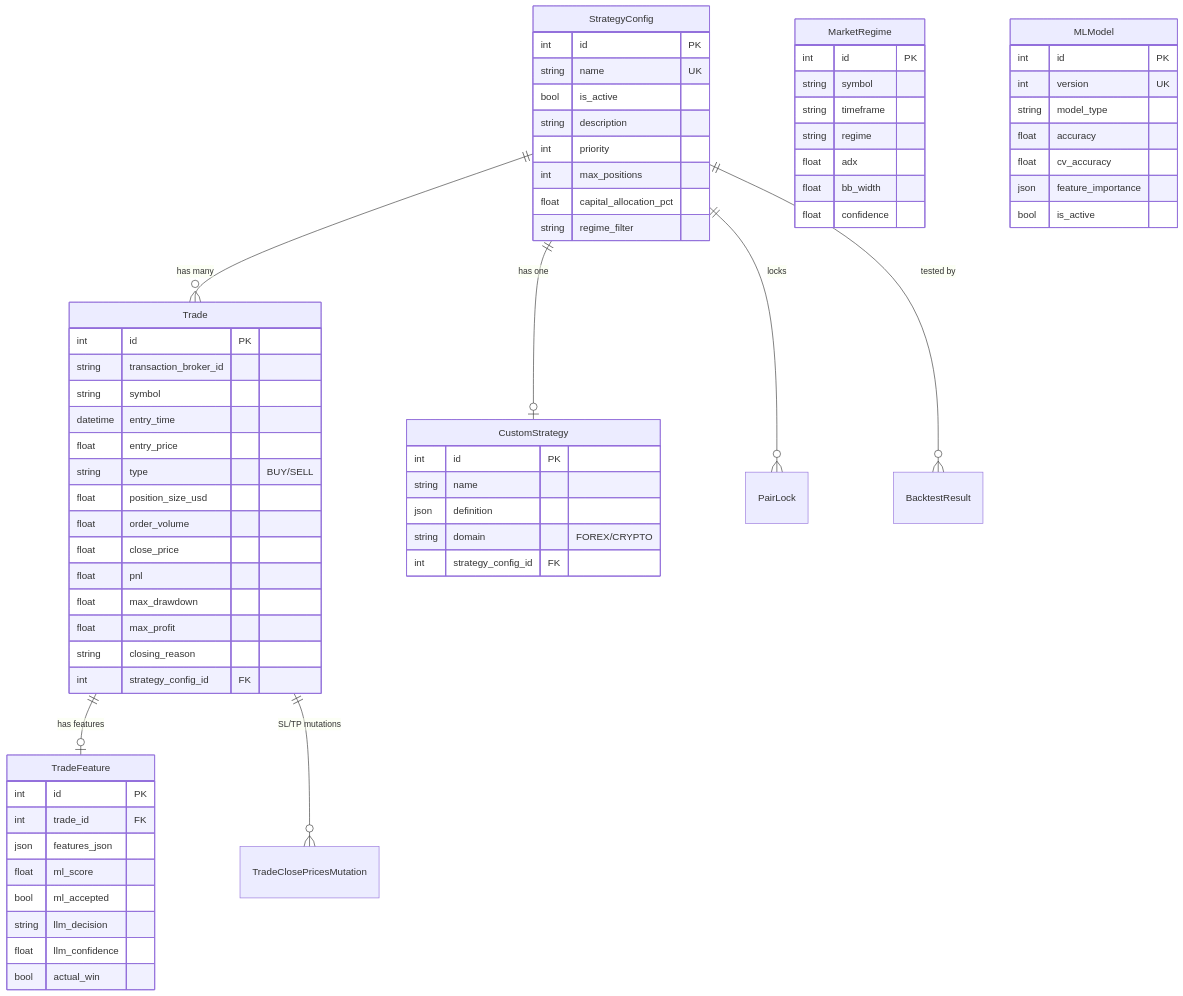
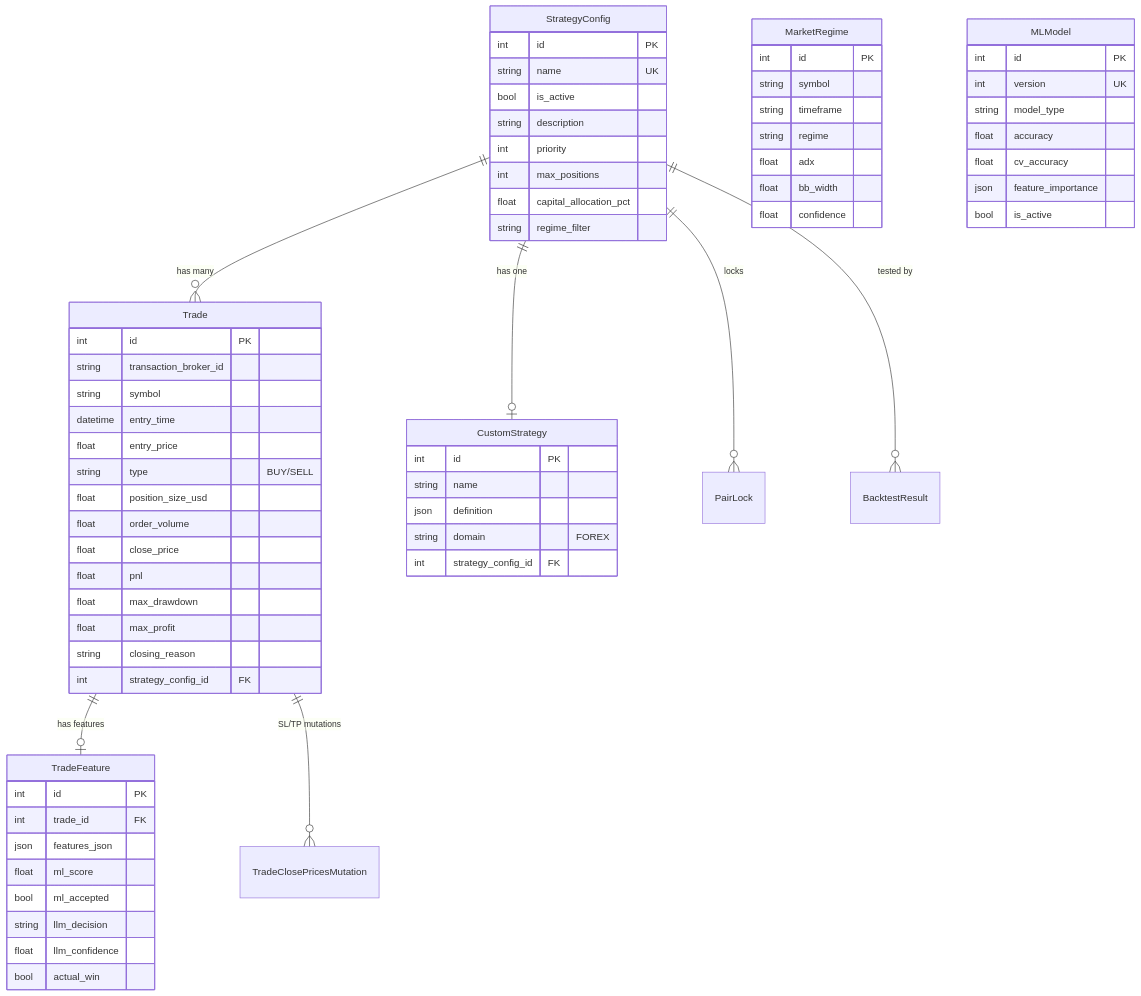
Before and after one commit to DisciplinedFlow/metatrader5-quant-server: the tenth of 10 diagrams in ARCHITECTURE.md, drawn with Mermaid. The commit also changed other lines of this file and 147 other files, not shown here.

````diff
--- a/ARCHITECTURE.md
+++ b/ARCHITECTURE.md
@@ -489,76 +472,76 @@
 ```mermaid
 erDiagram
     StrategyConfig ||--o{ Trade : "has many"
     StrategyConfig ||--o| CustomStrategy : "has one"
     StrategyConfig ||--o{ PairLock : "locks"
     StrategyConfig ||--o{ BacktestResult : "tested by"
     Trade ||--o| TradeFeature : "has features"
     Trade ||--o{ TradeClosePricesMutation : "SL/TP mutations"
 
     StrategyConfig {
         int id PK
         string name UK
         bool is_active
         string description
         int priority
         int max_positions
         float capital_allocation_pct
         string regime_filter
     }
 
     Trade {
         int id PK
         string transaction_broker_id
         string symbol
         datetime entry_time
         float entry_price
         string type "BUY/SELL"
         float position_size_usd
         float order_volume
         float close_price
         float pnl
         float max_drawdown
         float max_profit
         string closing_reason
         int strategy_config_id FK
     }
 
     TradeFeature {
         int id PK
         int trade_id FK
         json features_json
         float ml_score
         bool ml_accepted
         string llm_decision
         float llm_confidence
         bool actual_win
     }
 
     CustomStrategy {
         int id PK
         string name
         json definition
-        string domain "FOREX/CRYPTO"
+        string domain "FOREX"
         int strategy_config_id FK
     }
 
     MarketRegime {
         int id PK
         string symbol
         string timeframe
         string regime
         float adx
         float bb_width
         float confidence
     }
 
     MLModel {
         int id PK
         int version UK
         string model_type
         float accuracy
         float cv_accuracy
         json feature_importance
         bool is_active
     }
 ```
````
